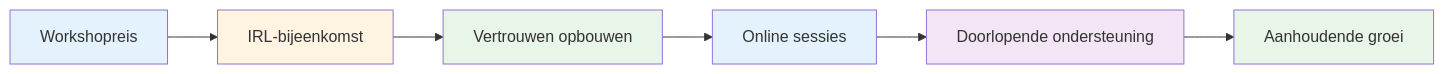
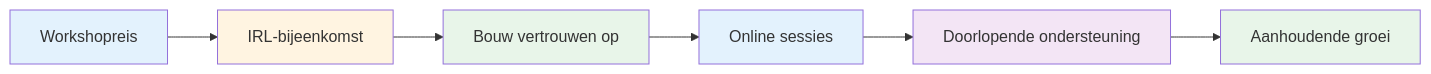
The first of 3 diagrams in docs/nl/workshop.md (patwii/petanque-academy), drawn with Mermaid before and after one commit. The commit also changed other lines of this file and 32 other files, not shown here.

````diff
--- a/docs/nl/workshop.md
+++ b/docs/nl/workshop.md
@@ -11,15 +11,15 @@
 ```mermaid
 graph LR
     A[Workshopreis] --> B[IRL-bijeenkomst]
-    B --> C[Vertrouwen opbouwen]
+    B --> C[Bouw vertrouwen op]
     C --> D[Online sessies]
     D --> E[Doorlopende ondersteuning]
     E --> F[Aanhoudende groei]
 
     style A fill:#e3f2fd
     style B fill:#fff4e1
     style C fill:#e8f5e9
     style D fill:#e3f2fd
     style E fill:#f3e5f5
     style F fill:#e8f5e9
 ```
````
